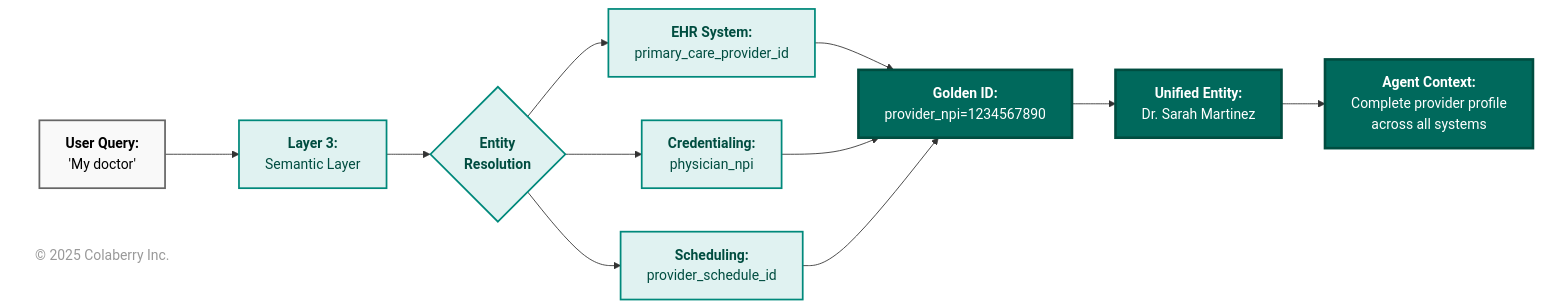
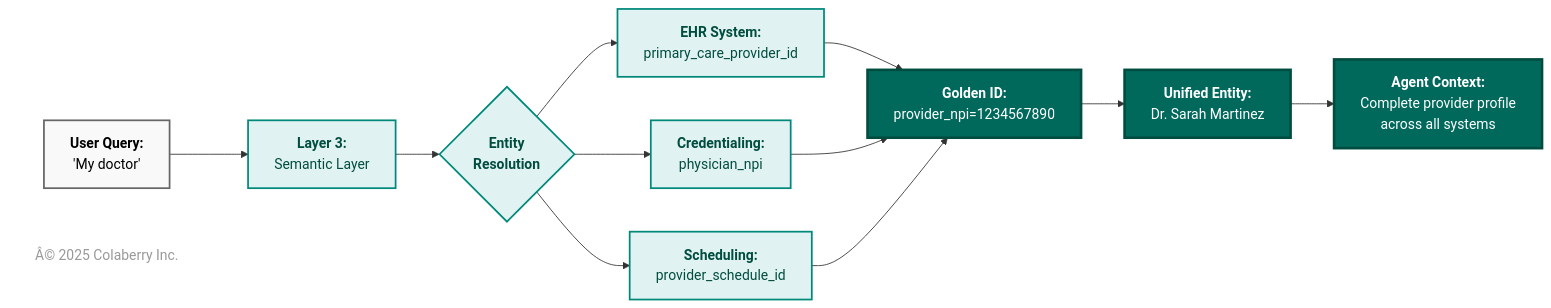
Before and after one commit to colaberry/enterprise-data-readiness-ai-agents: the seventh of 18 diagrams in chapter-01/chapter_1_complete.md, drawn with Mermaid. The commit also changed other lines of this file and 24 other files, not shown here.

````diff
--- a/chapter-01/chapter_1_complete.md
+++ b/chapter-01/chapter_1_complete.md
@@ -913,41 +919,41 @@
 ```mermaid
 graph LR
     A["<b>User Query:</b><br/>'My doctor'"] 
     B["<b>Layer 3:</b><br/>Semantic Layer"]
     C{"<b>Entity<br/>Resolution</b>"}
     D["<b>EHR System:</b><br/>primary_care_provider_id"]
     E["<b>Credentialing:</b><br/>physician_npi"]
     F["<b>Scheduling:</b><br/>provider_schedule_id"]
     G["<b>Golden ID:</b><br/>provider_npi=1234567890"]
     H["<b>Unified Entity:</b><br/>Dr. Sarah Martinez"]
     I["<b>Agent Context:</b><br/>Complete provider profile<br/>across all systems"]
     
     A --> B
     B --> C
     C --> D
     C --> E
     C --> F
     D --> G
     E --> G
     F --> G
     G --> H
     H --> I
     
     %% Link styling
     
     style A fill:#f9f9f9,stroke:#666666,stroke-width:2px,color:#000000
     style B fill:#e0f2f1,stroke:#00897b,stroke-width:2px,color:#004d40
     style C fill:#e0f2f1,stroke:#00897b,stroke-width:2px,color:#004d40
     style D fill:#e0f2f1,stroke:#00897b,stroke-width:2px,color:#004d40
     style E fill:#e0f2f1,stroke:#00897b,stroke-width:2px,color:#004d40
     style F fill:#e0f2f1,stroke:#00897b,stroke-width:2px,color:#004d40
     style G fill:#00695c,color:#ffffff,stroke:#004d40,stroke-width:3px
     style H fill:#00695c,color:#ffffff,stroke:#004d40,stroke-width:3px
 
     %% Copyright Notice
-    CR["© 2025 Colaberry Inc."]
+    CR["Â© 2025 Colaberry Inc."]
 
     style I fill:#00695c,color:#ffffff,stroke:#004d40,stroke-width:3px
     style CR fill:none,stroke:none,color:#999999
 
 ```
````
